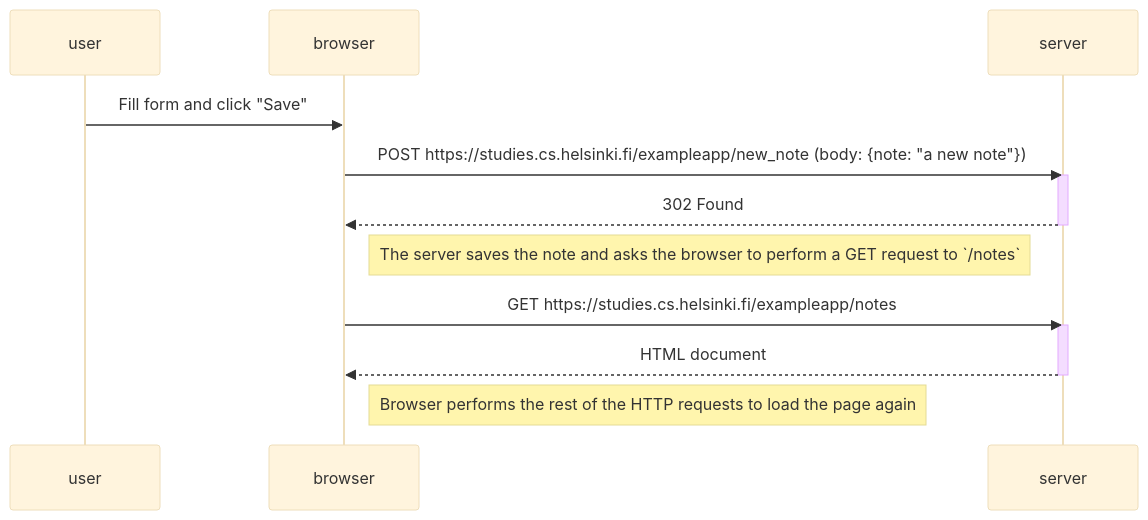
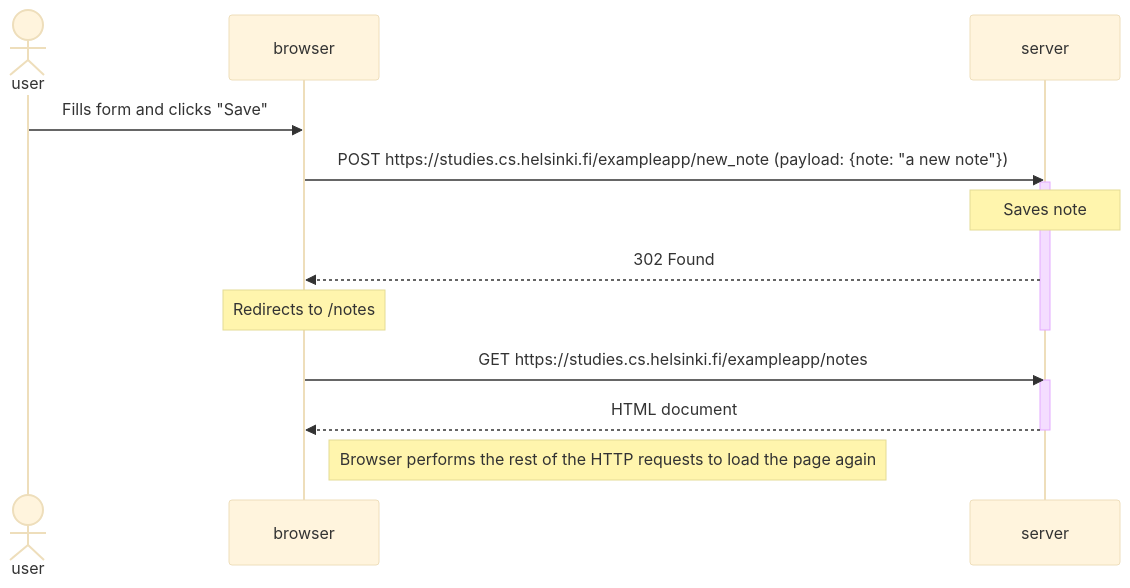
The diagram in part0/exercise0.4.md (diegogv97/React-Full-Stack-Course), drawn with Mermaid (base theme) before and after one commit. The commit also changed 2 other files, not shown here.

Commit message:
exercises 0.5 and 0.6

````diff
--- a/part0/exercise0.4.md
+++ b/part0/exercise0.4.md
@@ -1,21 +1,21 @@
 ```mermaid
 sequenceDiagram
-    participant user
+    actor user
     participant browser
     participant server
 
-    user->>browser: Fill form and click "Save"
-    browser->>server: POST https://studies.cs.helsinki.fi/exampleapp/new_note (body: {note: "a new note"})
+    user->>browser: Fills form and clicks "Save"
+    browser->>server: POST https://studies.cs.helsinki.fi/exampleapp/new_note (payload: {note: "a new note"})
     activate server
+    Note over server: Saves note
     server-->>browser: 302 Found
+    Note over browser: Redirects to /notes
     deactivate server
-
-    Note right of browser: The server saves the note and asks the browser to perform a GET request to `/notes`
 
     browser->>server: GET https://studies.cs.helsinki.fi/exampleapp/notes
     activate server
     server-->>browser: HTML document
     deactivate server 
 
     Note right of browser: Browser performs the rest of the HTTP requests to load the page again
 ```
````
